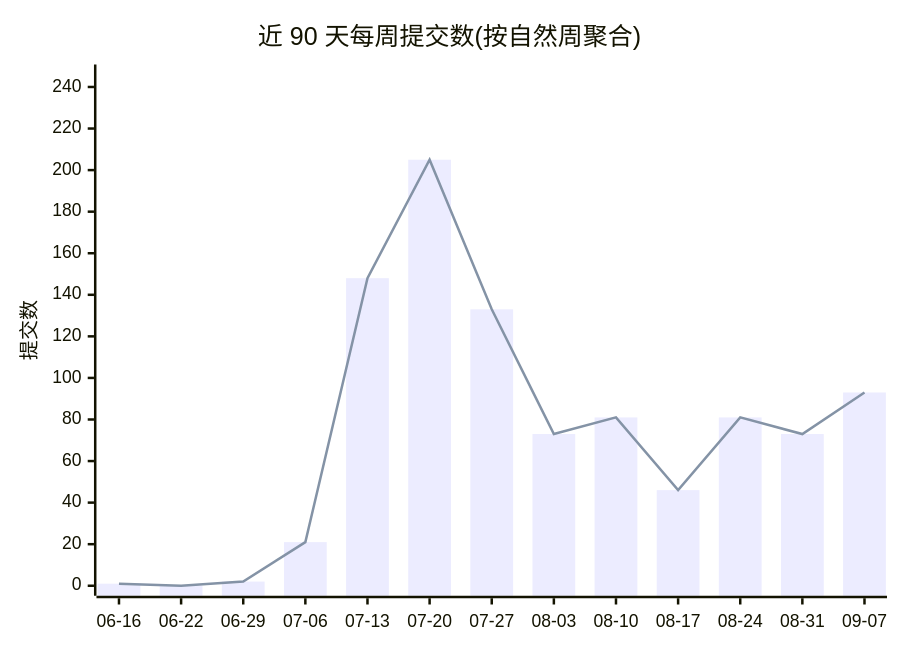
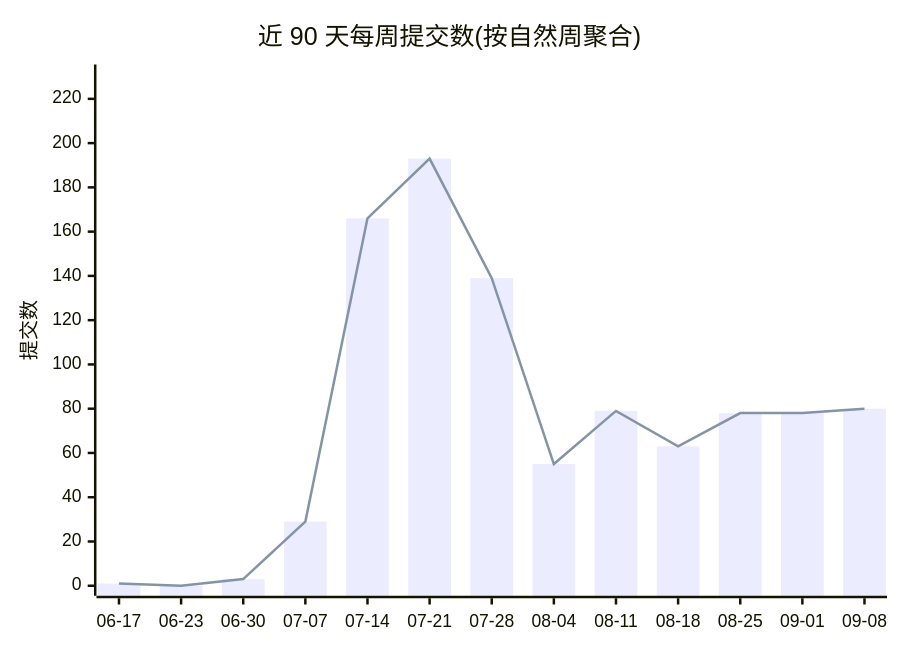
Before and after one commit to Conflux-Union/.github: the first of 2 diagrams in profile/README.md, drawn with Mermaid. The commit also changed other lines of this file and 1 other file, not shown here.

````diff
--- a/profile/README.md
+++ b/profile/README.md
@@ -44,8 +44,8 @@
 ```mermaid
 xychart-beta
     title "近 90 天每周提交数(按自然周聚合)"
-    x-axis ["06-16", "06-22", "06-29", "07-06", "07-13", "07-20", "07-27", "08-03", "08-10", "08-17", "08-24", "08-31", "09-07"]
-    y-axis "提交数" 0 --> 246
-    bar [1, 0, 2, 21, 148, 205, 133, 73, 81, 46, 81, 73, 93]
-    line [1, 0, 2, 21, 148, 205, 133, 73, 81, 46, 81, 73, 93]
+    x-axis ["06-17", "06-23", "06-30", "07-07", "07-14", "07-21", "07-28", "08-04", "08-11", "08-18", "08-25", "09-01", "09-08"]
+    y-axis "提交数" 0 --> 231
+    bar [1, 0, 3, 29, 166, 193, 139, 55, 79, 63, 78, 78, 80]
+    line [1, 0, 3, 29, 166, 193, 139, 55, 79, 63, 78, 78, 80]
 ```
````
